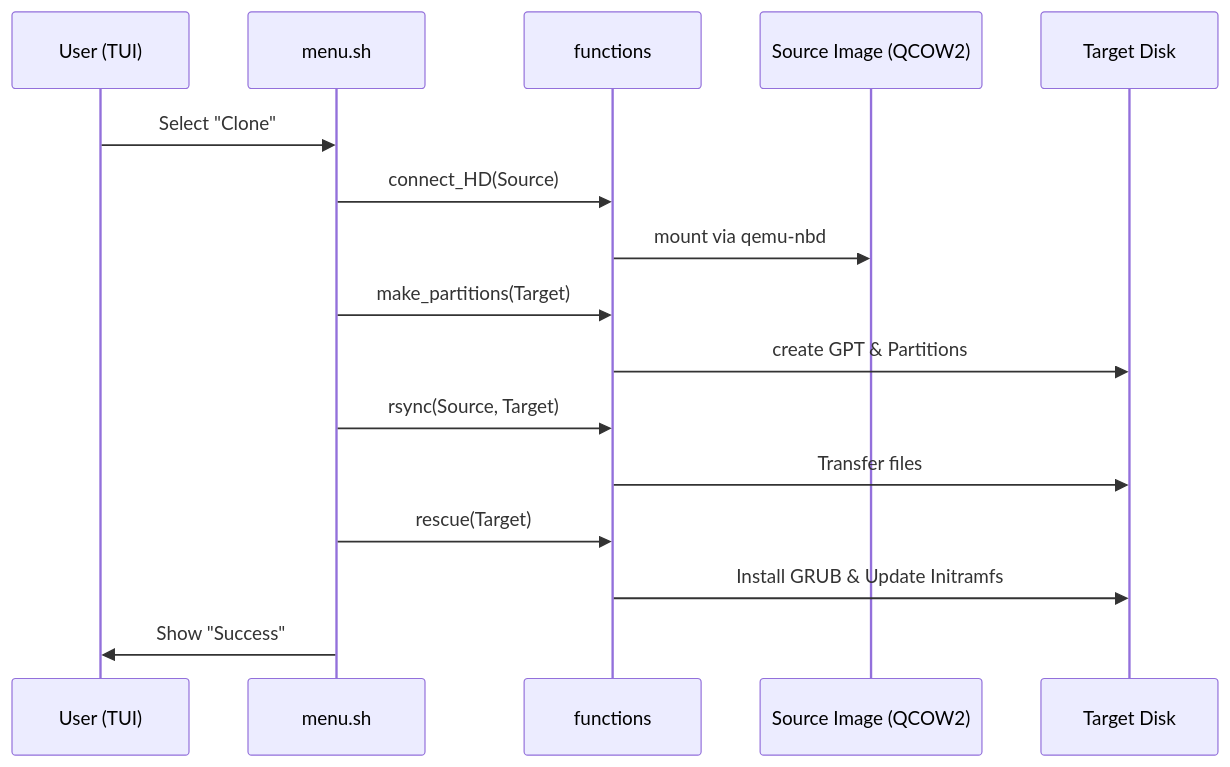
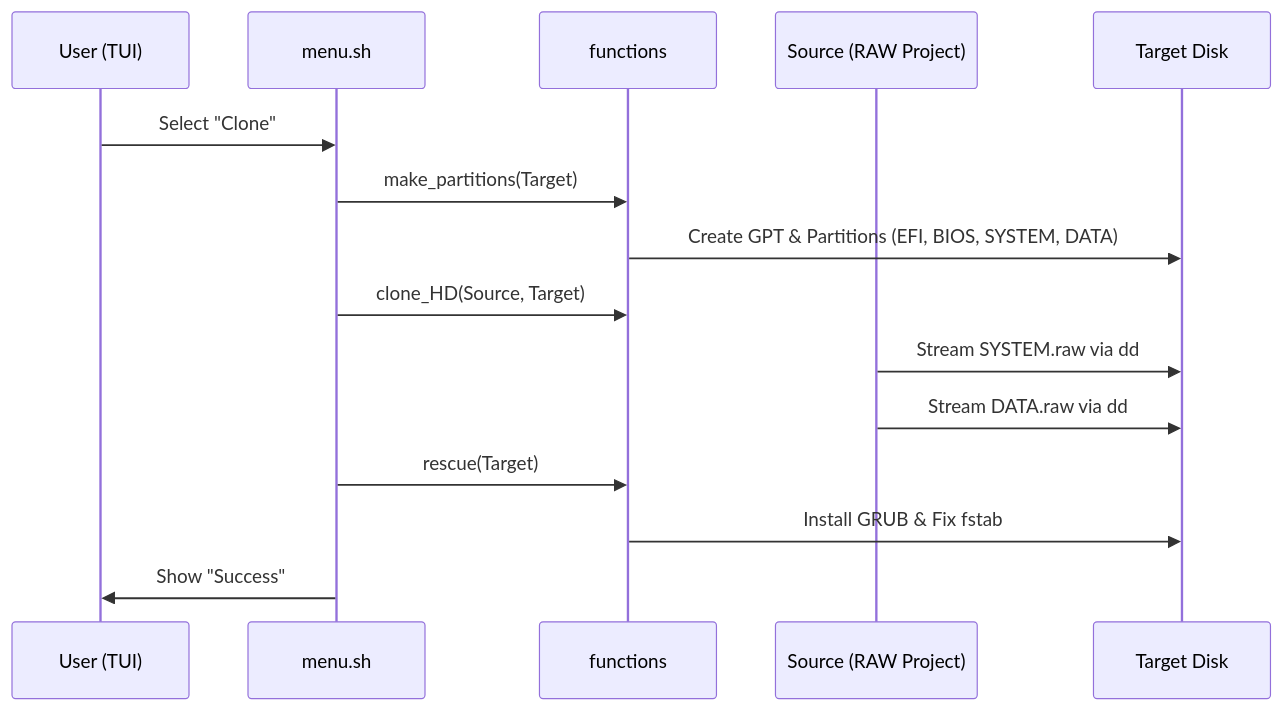
The diagram in docs/architecture.md (migasfree/migasfree-clone-system), drawn with Mermaid before and after one commit. The commit also changed other lines of this file and 8 other files, not shown here.

````diff
--- a/docs/architecture.md
+++ b/docs/architecture.md
@@ -56,19 +54,18 @@
 ```mermaid
 sequenceDiagram
     participant U as User (TUI)
     participant M as menu.sh
     participant F as functions
-    participant S as Source Image (QCOW2)
+    participant S as Source (RAW Project)
     participant T as Target Disk
 
     U->>M: Select "Clone"
-    M->>F: connect_HD(Source)
-    F->>S: mount via qemu-nbd
     M->>F: make_partitions(Target)
-    F->>T: create GPT & Partitions
-    M->>F: rsync(Source, Target)
-    F->>T: Transfer files
+    F->>T: Create GPT & Partitions (EFI, BIOS, SYSTEM, DATA)
+    M->>F: clone_HD(Source, Target)
+    S->>T: Stream SYSTEM.raw via dd
+    S->>T: Stream DATA.raw via dd
     M->>F: rescue(Target)
-    F->>T: Install GRUB & Update Initramfs
+    F->>T: Install GRUB & Fix fstab
     M->>U: Show "Success"
 ```
````
